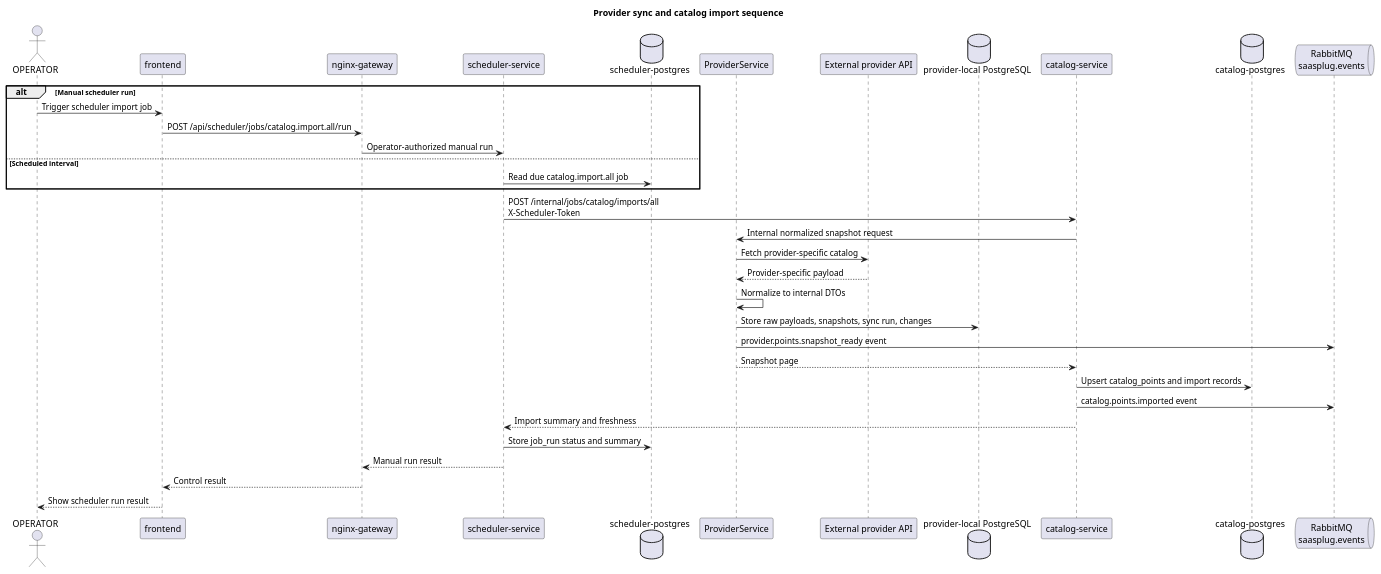
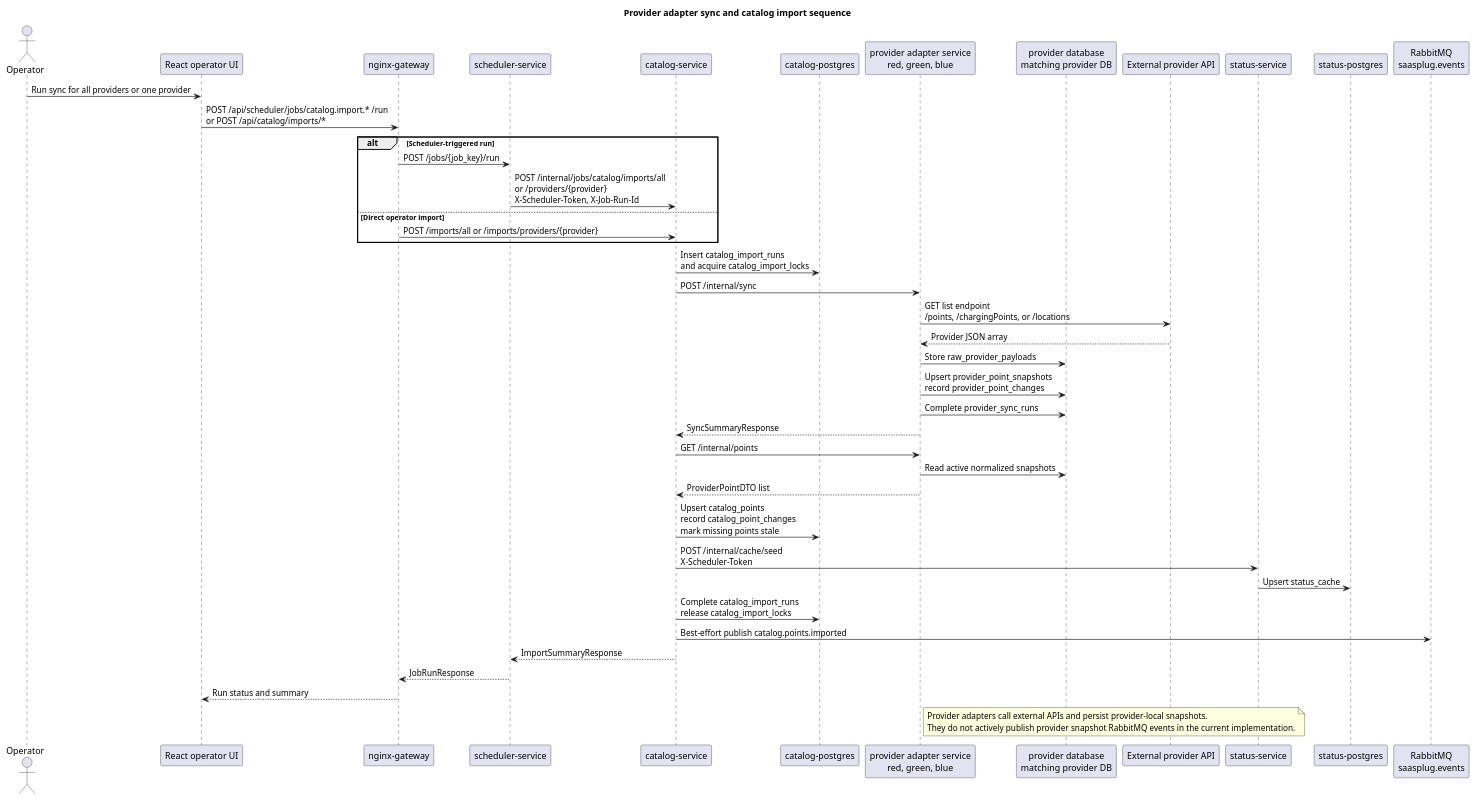
The diagram in docs/diagrams/final/sequence-provider-sync-catalog-import.puml (ntua-el21026/ntua-saasplug), drawn with PlantUML before and after one commit. The commit also changed 48 other files, not shown here.

Commit message:
Update diagrams and documentation

```diff
--- a/docs/diagrams/final/sequence-provider-sync-catalog-import.puml
+++ b/docs/diagrams/final/sequence-provider-sync-catalog-import.puml
@@ -1,40 +1,52 @@
 @startuml
-title Provider sync and catalog import sequence
+title Provider adapter sync and catalog import sequence
+skinparam shadowing false
 
-actor "OPERATOR" as Operator
-participant "frontend" as Frontend
+actor "Operator" as Operator
+participant "React operator UI" as Frontend
 participant "nginx-gateway" as Gateway
 participant "scheduler-service" as Scheduler
-database "scheduler-postgres" as SchedulerDb
-participant ProviderService
-participant "External provider API" as ProviderApi
-database "provider-local PostgreSQL" as ProviderDb
 participant "catalog-service" as Catalog
-database "catalog-postgres" as CatalogDb
-queue "RabbitMQ\nsaasplug.events" as RabbitMQ
+participant "catalog-postgres" as CatalogDb
+participant "provider adapter service\nred, green, blue" as ProviderAdapter
+participant "provider database\nmatching provider DB" as ProviderDb
+participant "External provider API" as ExternalApi
+participant "status-service" as Status
+participant "status-postgres" as StatusDb
+participant "RabbitMQ\nsaasplug.events" as Rabbit
 
-alt Manual scheduler run
-  Operator -> Frontend : Trigger scheduler import job
-  Frontend -> Gateway : POST /api/scheduler/jobs/catalog.import.all/run
-  Gateway -> Scheduler : Operator-authorized manual run
-else Scheduled interval
-  Scheduler -> SchedulerDb : Read due catalog.import.all job
+Operator -> Frontend : Run sync for all providers or one provider
+Frontend -> Gateway : POST /api/scheduler/jobs/catalog.import.* /run\nor POST /api/catalog/imports/*
+
+alt Scheduler-triggered run
+  Gateway -> Scheduler : POST /jobs/{job_key}/run
+  Scheduler -> Catalog : POST /internal/jobs/catalog/imports/all\nor /providers/{provider}\nX-Scheduler-Token, X-Job-Run-Id
+else Direct operator import
+  Gateway -> Catalog : POST /imports/all or /imports/providers/{provider}
 end
 
-Scheduler -> Catalog : POST /internal/jobs/catalog/imports/all\nX-Scheduler-Token
-Catalog -> ProviderService : Internal normalized snapshot request
-ProviderService -> ProviderApi : Fetch provider-specific catalog
-ProviderApi --> ProviderService : Provider-specific payload
-ProviderService -> ProviderService : Normalize to internal DTOs
-ProviderService -> ProviderDb : Store raw payloads, snapshots, sync run, changes
-ProviderService -> RabbitMQ : provider.points.snapshot_ready event
-ProviderService --> Catalog : Snapshot page
-Catalog -> CatalogDb : Upsert catalog_points and import records
-Catalog -> RabbitMQ : catalog.points.imported event
-Catalog --> Scheduler : Import summary and freshness
-Scheduler -> SchedulerDb : Store job_run status and summary
-Scheduler --> Gateway : Manual run result
-Gateway --> Frontend : Control result
-Frontend --> Operator : Show scheduler run result
+Catalog -> CatalogDb : Insert catalog_import_runs\nand acquire catalog_import_locks
+Catalog -> ProviderAdapter : POST /internal/sync
+ProviderAdapter -> ExternalApi : GET list endpoint\n/points, /chargingPoints, or /locations
+ExternalApi --> ProviderAdapter : Provider JSON array
+ProviderAdapter -> ProviderDb : Store raw_provider_payloads
+ProviderAdapter -> ProviderDb : Upsert provider_point_snapshots\nrecord provider_point_changes
+ProviderAdapter -> ProviderDb : Complete provider_sync_runs
+ProviderAdapter --> Catalog : SyncSummaryResponse
+Catalog -> ProviderAdapter : GET /internal/points
+ProviderAdapter -> ProviderDb : Read active normalized snapshots
+ProviderAdapter --> Catalog : ProviderPointDTO list
+Catalog -> CatalogDb : Upsert catalog_points\nrecord catalog_point_changes\nmark missing points stale
+Catalog -> Status : POST /internal/cache/seed\nX-Scheduler-Token
+Status -> StatusDb : Upsert status_cache
+Catalog -> CatalogDb : Complete catalog_import_runs\nrelease catalog_import_locks
+Catalog -> Rabbit : Best-effort publish catalog.points.imported
+Catalog --> Scheduler : ImportSummaryResponse
+Scheduler --> Gateway : JobRunResponse
+Gateway --> Frontend : Run status and summary
 
+note right of ProviderAdapter
+Provider adapters call external APIs and persist provider-local snapshots.
+They do not actively publish provider snapshot RabbitMQ events in the current implementation.
+end note
 @enduml
```
